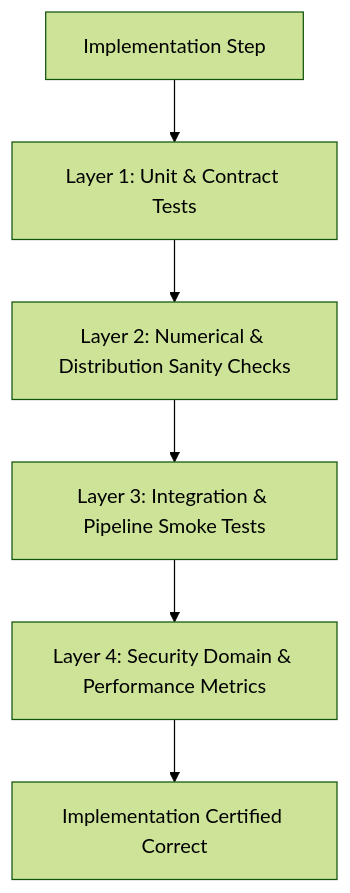
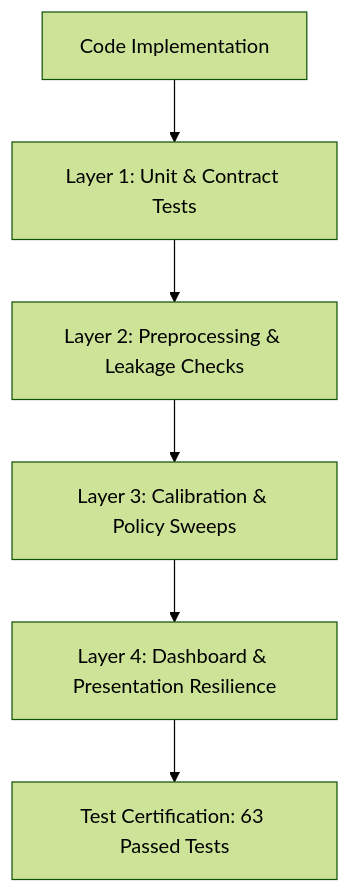
One commit to AkashDas-AI/AI-Powered-Cybersecurity-Threat-Detection changed the diagram in docs/validation_guide.md. Above: the diagram before and after it, drawn with Mermaid (forest theme). The commit also changed other lines of this file and 9 other files, not shown here.

Commit message:
docs: publish architecture, pipeline, model, and module specifications

````diff
--- a/docs/validation_guide.md
+++ b/docs/validation_guide.md
@@ -11,8 +15,8 @@
 ```mermaid
 flowchart TD
-    A[Implementation Step] --> B[Layer 1: Unit & Contract Tests]
-    B --> C[Layer 2: Numerical & Distribution Sanity Checks]
-    C --> D[Layer 3: Integration & Pipeline Smoke Tests]
-    D --> E[Layer 4: Security Domain & Performance Metrics]
-    E --> F[Implementation Certified Correct]
+    A[Code Implementation] --> B[Layer 1: Unit & Contract Tests]
+    B --> C[Layer 2: Preprocessing & Leakage Checks]
+    C --> D[Layer 3: Calibration & Policy Sweeps]
+    D --> E[Layer 4: Dashboard & Presentation Resilience]
+    E --> F[Test Certification: 63 Passed Tests]
 ```
````
